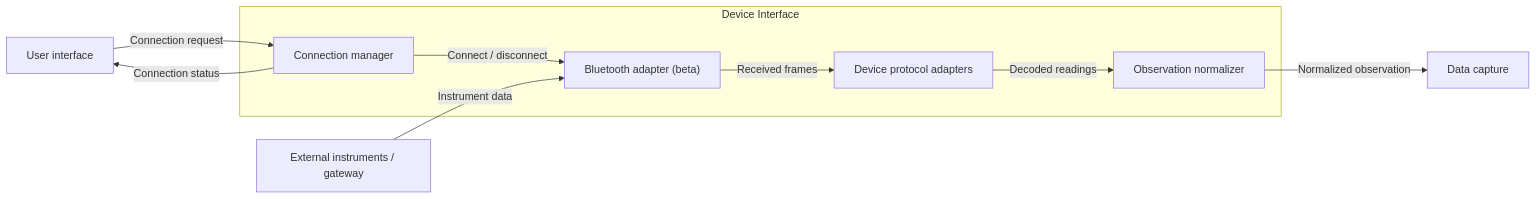
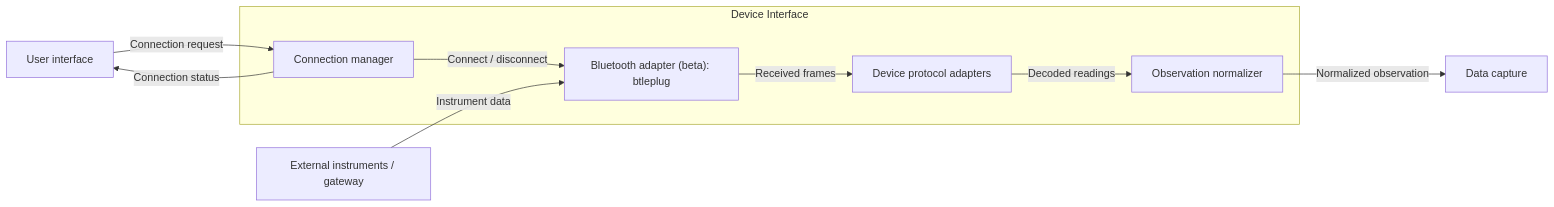
One commit to amanlig/aiNavLog changed the sixth of 8 diagrams in architecture.md. Above: the diagram before and after it, drawn with Mermaid. The commit also changed other lines of this file and 50 other files, not shown here.

````diff
--- a/architecture.md
+++ b/architecture.md
@@ -413,18 +413,18 @@
 ```mermaid
 flowchart LR
     Instruments["External instruments / gateway"]
     UI["User interface"]
     subgraph Interface["Device Interface"]
         Connections["Connection manager"]
-        Transport["Bluetooth adapter (beta)"]
+        Transport["Bluetooth adapter (beta): btleplug"]
         Protocol["Device protocol adapters"]
         Normalizer["Observation normalizer"]
         Connections -->|"Connect / disconnect"| Transport
         Transport -->|"Received frames"| Protocol
         Protocol -->|"Decoded readings"| Normalizer
     end
     UI -->|"Connection request"| Connections
     Connections -->|"Connection status"| UI
     Instruments -->|"Instrument data"| Transport
     Normalizer -->|"Normalized observation"| Capture["Data capture"]
 ```
````
